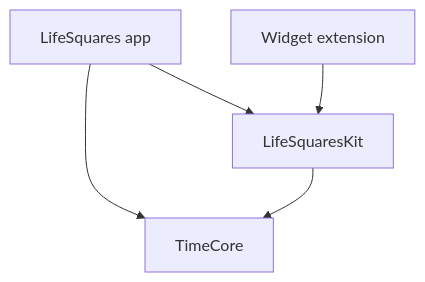
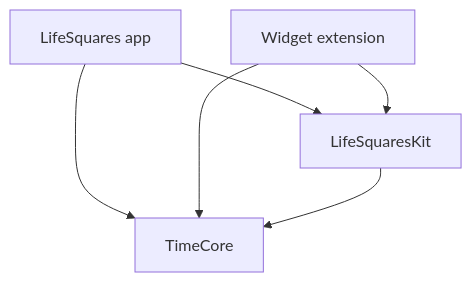
The diagram in README.md (yaroslavgoncharov31-sudo/LifeSquares), drawn with Mermaid before and after one commit. The commit also changed other lines of this file and 6 other files, not shown here.

````diff
--- a/README.md
+++ b/README.md
@@ -41,7 +41,8 @@
 ```mermaid
 graph TD
     App[LifeSquares app] --> Kit[LifeSquaresKit]
     Widget[Widget extension] --> Kit
     App --> Core[TimeCore]
+    Widget --> Core
     Kit --> Core
 ```
````
